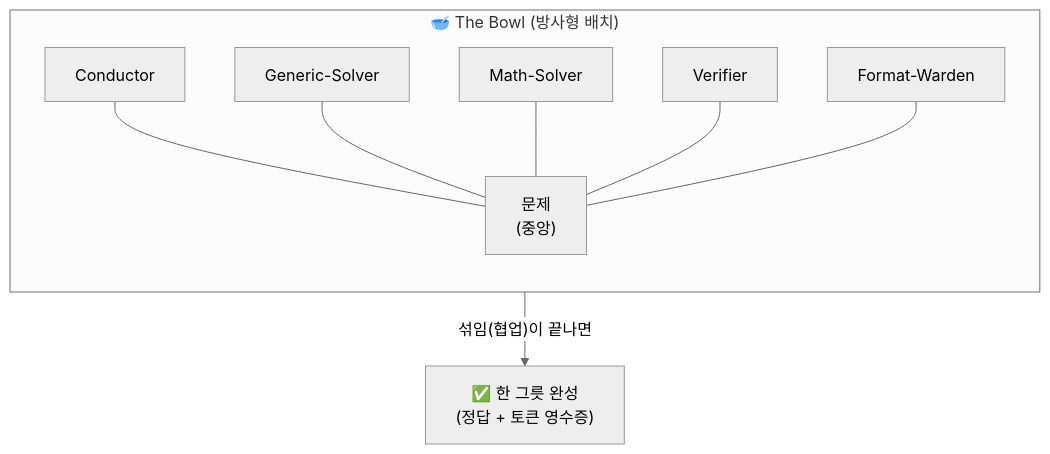
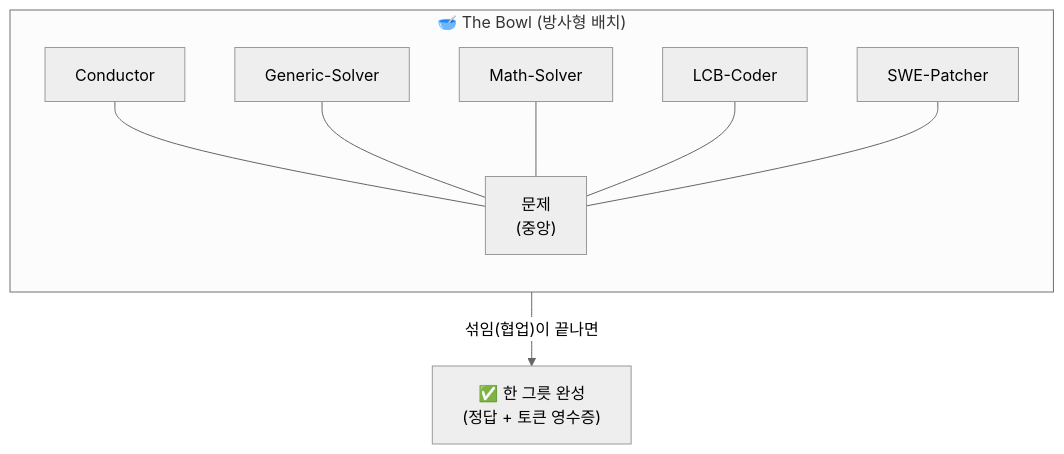
One commit to jsonpassion/cp changed the first of 2 diagrams in content/track-viz.md. Above: the diagram before and after it, drawn with Mermaid (neutral theme). The commit also changed other lines of this file and 6 other files, not shown here.

````diff
--- a/content/track-viz.md
+++ b/content/track-viz.md
@@ -19,13 +19,13 @@
 ```mermaid
 flowchart TB
     subgraph BOWL["🥣 The Bowl (방사형 배치)"]
         direction TB
         P["문제<br/>(중앙)"]
         C["Conductor"] --- P
         G["Generic-Solver"] --- P
         M["Math-Solver"] --- P
-        V["Verifier"] --- P
-        W["Format-Warden"] --- P
+        L["LCB-Coder"] --- P
+        S["SWE-Patcher"] --- P
     end
     BOWL -->|"섞임(협업)이 끝나면"| OUT["✅ 한 그릇 완성<br/>(정답 + 토큰 영수증)"]
 ```
````
